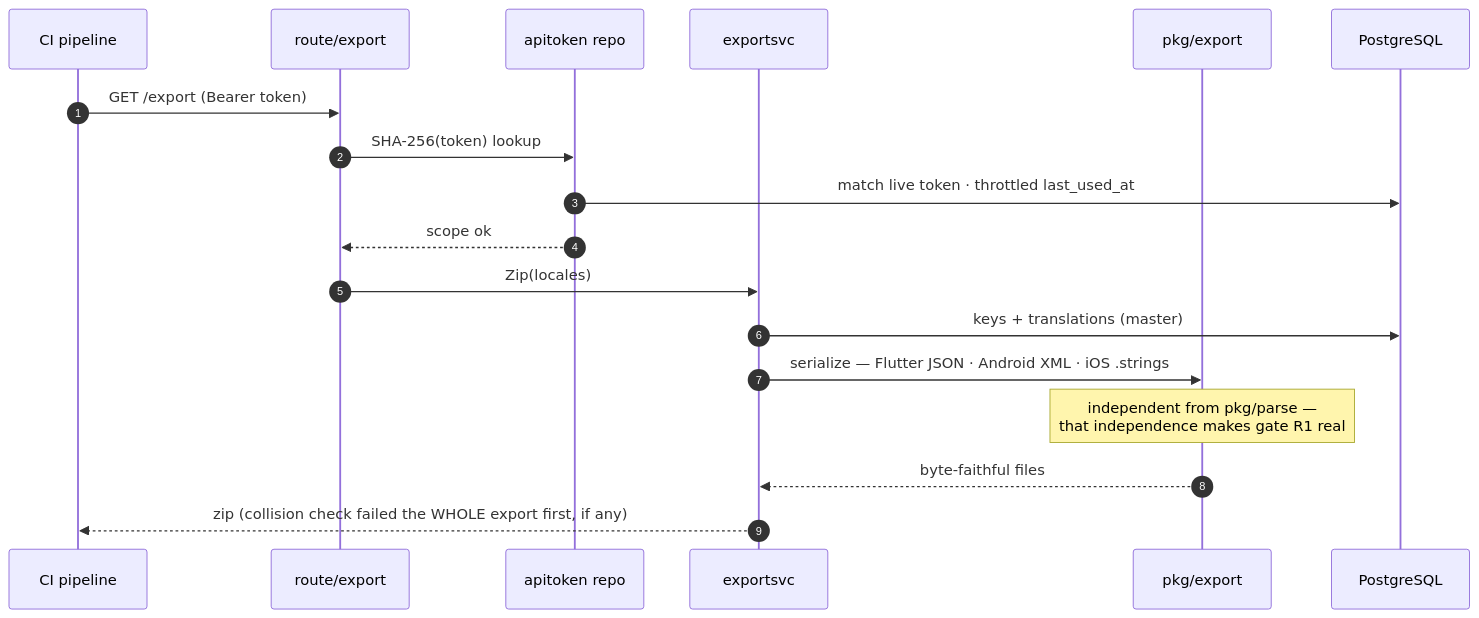
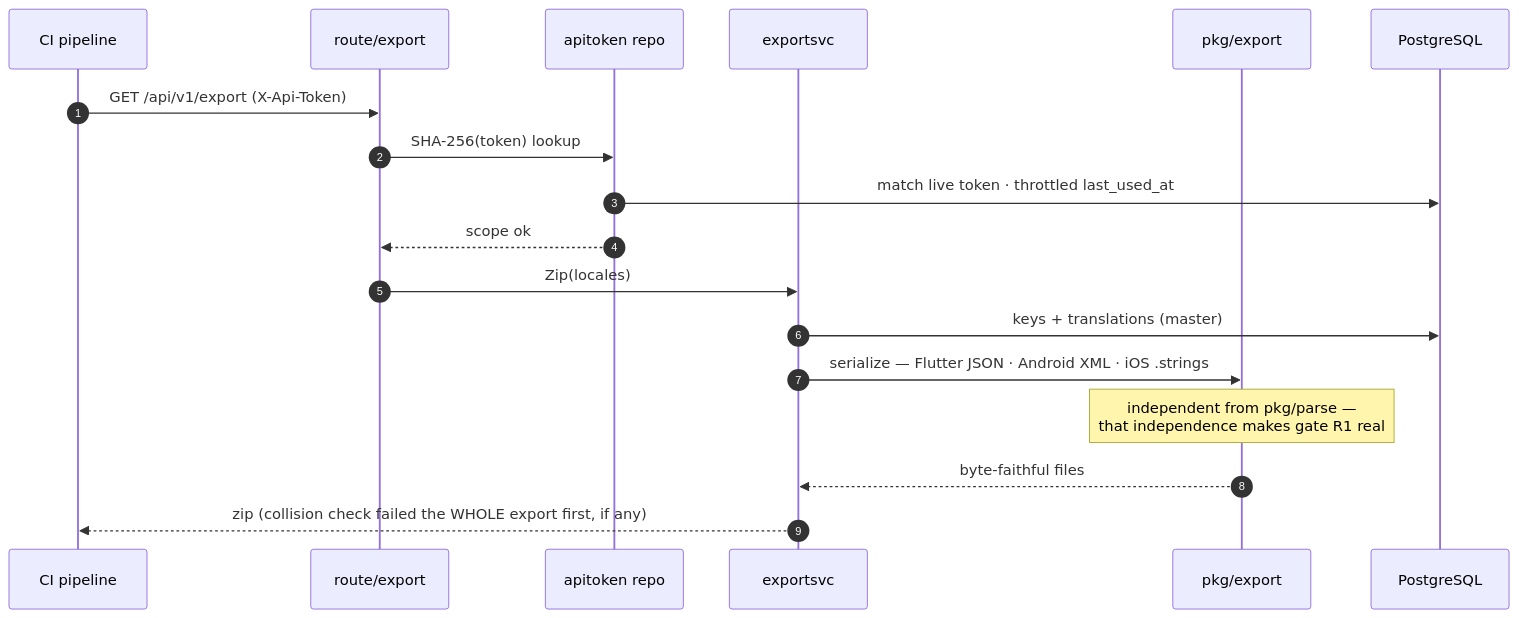
One commit to ashik-saini/u-l10n changed the second of 5 diagrams in docs/ARCHITECTURE.md. Above: the diagram before and after it, drawn with Mermaid. The commit also changed other lines of this file and 6 other files, not shown here.

````diff
--- a/docs/ARCHITECTURE.md
+++ b/docs/ARCHITECTURE.md
@@ -36,21 +36,21 @@
 ```mermaid
 sequenceDiagram
     autonumber
     participant CI as CI pipeline
     participant R as route/export
     participant A as apitoken repo
     participant E as exportsvc
     participant F as pkg/export
     participant PG as PostgreSQL
 
-    CI->>R: GET /export (Bearer token)
+    CI->>R: GET /api/v1/export (X-Api-Token)
     R->>A: SHA-256(token) lookup
     A->>PG: match live token · throttled last_used_at
     A-->>R: scope ok
     R->>E: Zip(locales)
     E->>PG: keys + translations (master)
     E->>F: serialize — Flutter JSON · Android XML · iOS .strings
     Note over F: independent from pkg/parse —<br/>that independence makes gate R1 real
     F-->>E: byte-faithful files
     E-->>CI: zip (collision check failed the WHOLE export first, if any)
 ```
````
